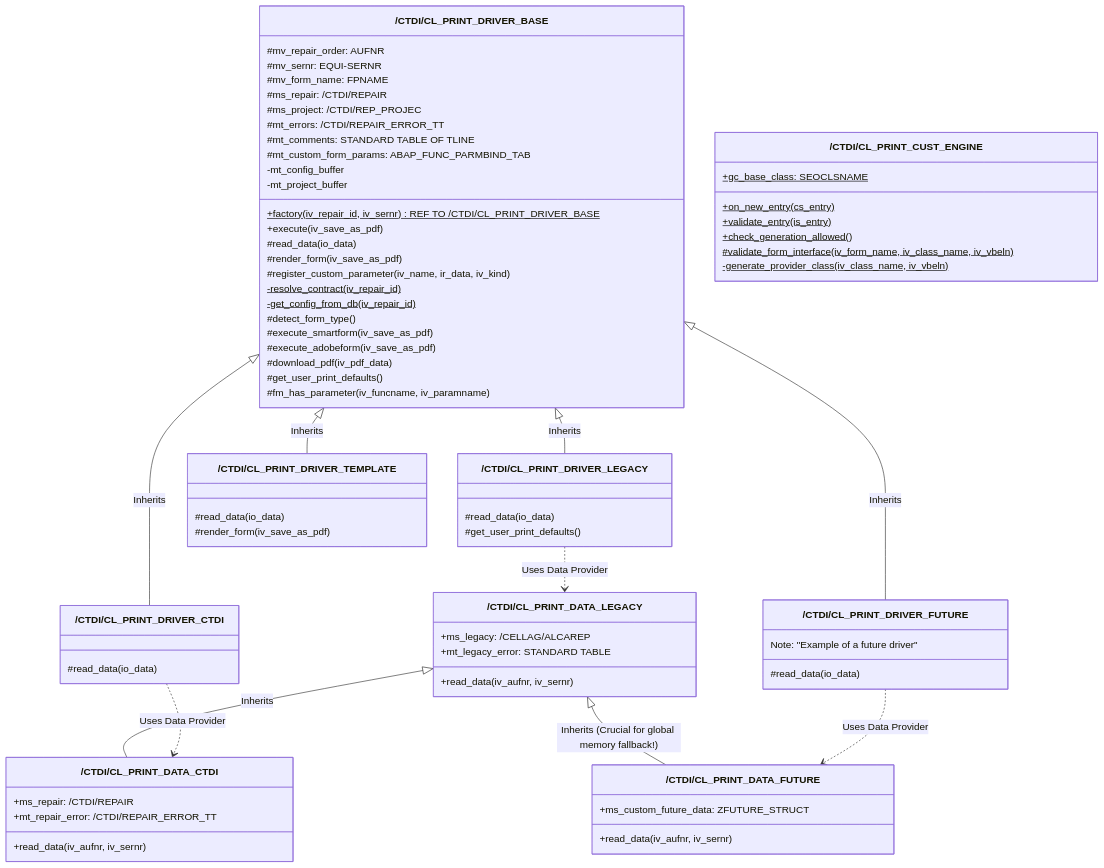
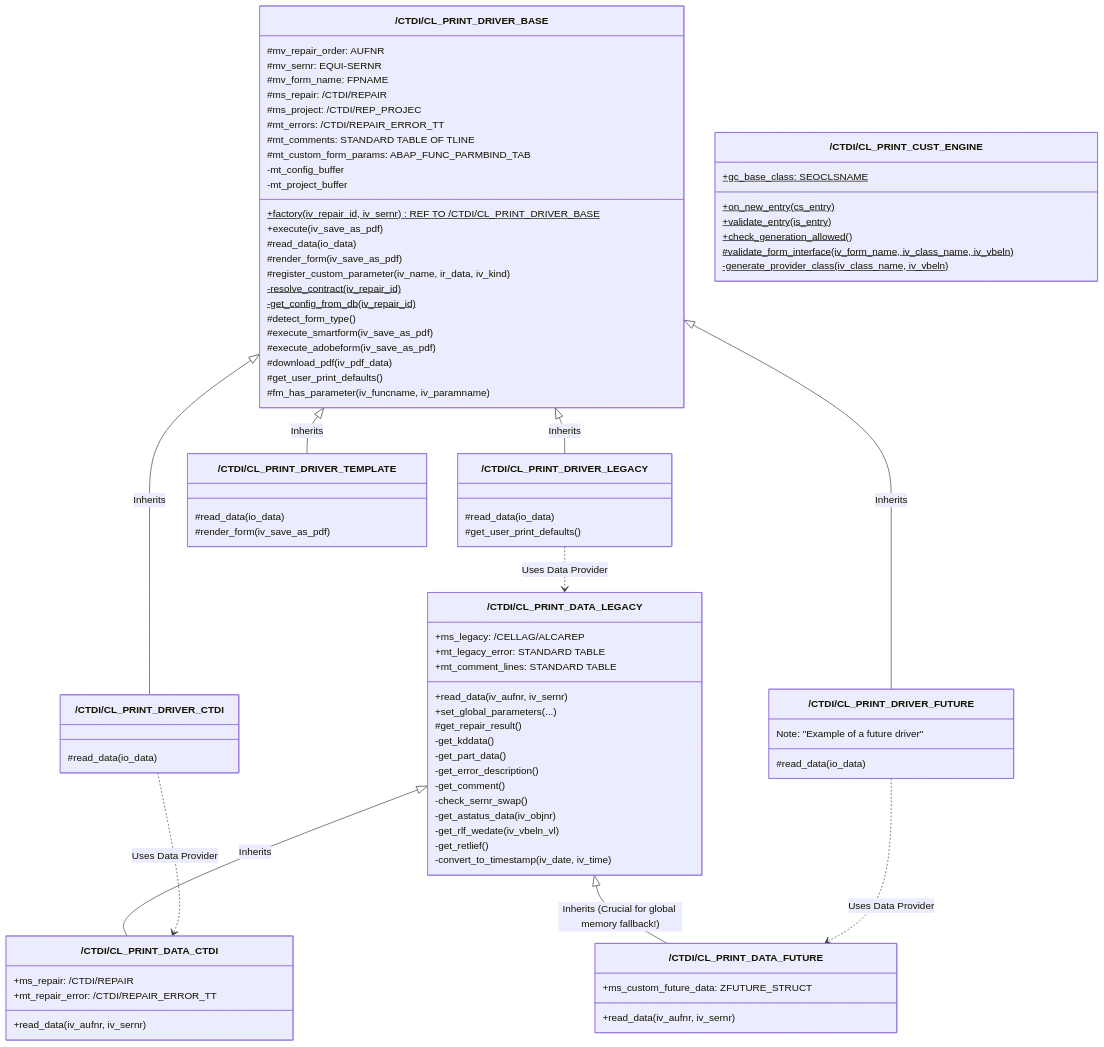
One commit to sbozbuga/DynAbap changed the first of 2 diagrams in uml_new.md. Above: the diagram before and after it, drawn with Mermaid.

Commit message:
feat: update /CTDI/CL_PRINT_DATA_LEGACY class definition with new methods and fields in UML diagram

```diff
--- a/uml_new.md
+++ b/uml_new.md
@@ -61,7 +61,19 @@
     class `/CTDI/CL_PRINT_DATA_LEGACY` {
         +ms_legacy: /CELLAG/ALCAREP
         +mt_legacy_error: STANDARD TABLE
+        +mt_comment_lines: STANDARD TABLE
         +read_data(iv_aufnr, iv_sernr)
+        +set_global_parameters(...)
+        #get_repair_result()
+        -get_kddata()
+        -get_part_data()
+        -get_error_description()
+        -get_comment()
+        -check_sernr_swap()
+        -get_astatus_data(iv_objnr)
+        -get_rlf_wedate(iv_vbeln_vl)
+        -get_retlief()
+        -convert_to_timestamp(iv_date, iv_time)
     }
 
     class `/CTDI/CL_PRINT_DATA_CTDI` {
```
